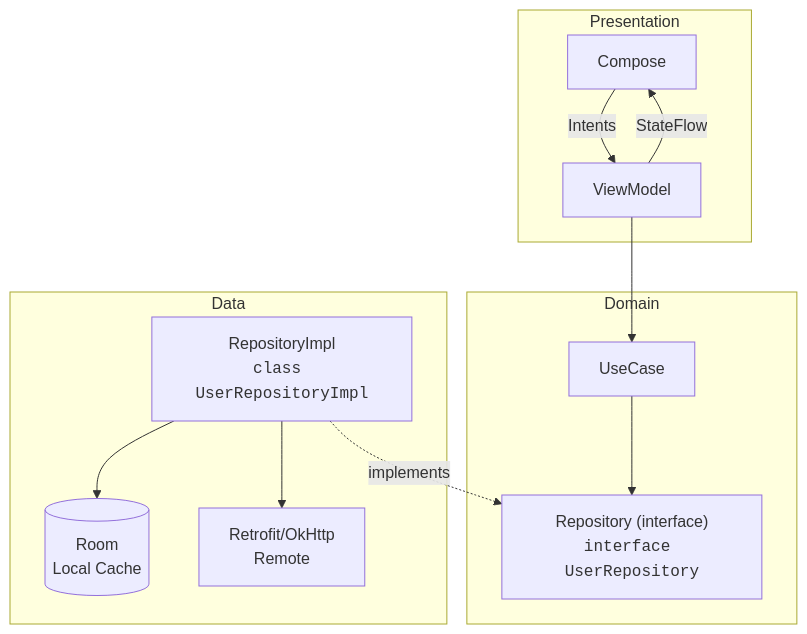
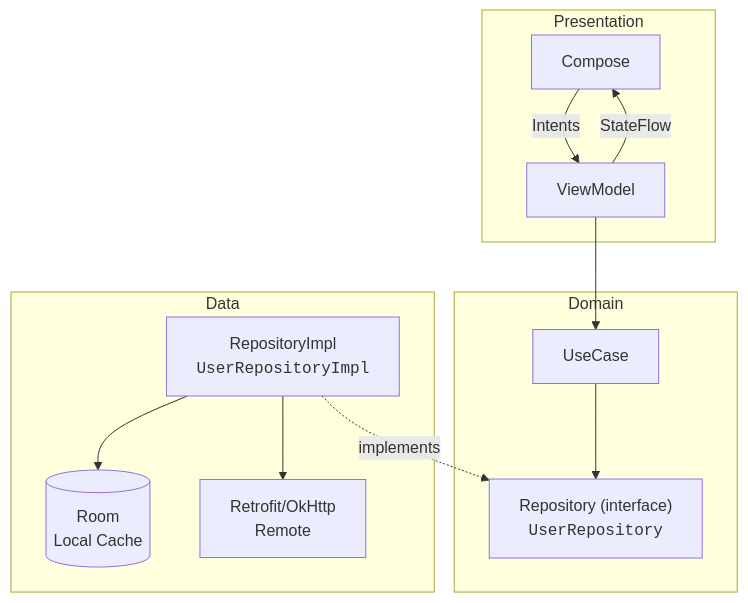
The diagram in README.md (sabinabernardes/Desafio), drawn with Mermaid before and after one commit. The commit also changed other lines of this file, not shown here.

````diff
--- a/README.md
+++ b/README.md
@@ -49,30 +68,25 @@
 ```mermaid
 flowchart TD
 
-  %% Apresentação
   subgraph P["Presentation"]
     UI[Compose] -->|Intents| VM[ViewModel]
     VM -->|StateFlow<UiState>| UI
   end
 
-  %% Domínio
   subgraph D["Domain"]
     UC[UseCase]
-    IRepo["Repository (interface)<br/><code>interface UserRepository</code>"]
+    IRepo["Repository (interface)<br/><code>UserRepository</code>"]
     UC --> IRepo
   end
 
-  %% Dados 
   subgraph DA["Data"]
-    RepoImpl["RepositoryImpl<br/><code>class UserRepositoryImpl</code>"]
+    RepoImpl["RepositoryImpl<br/><code>UserRepositoryImpl</code>"]
     ROOM[(Room<br/>Local Cache)]
     RETRO[Retrofit/OkHttp<br/>Remote]
     RepoImpl --> ROOM
     RepoImpl --> RETRO
   end
 
-  %% Ligações entre camadas
   VM --> UC
   RepoImpl -.->|implements| IRepo
-
 ```
````
